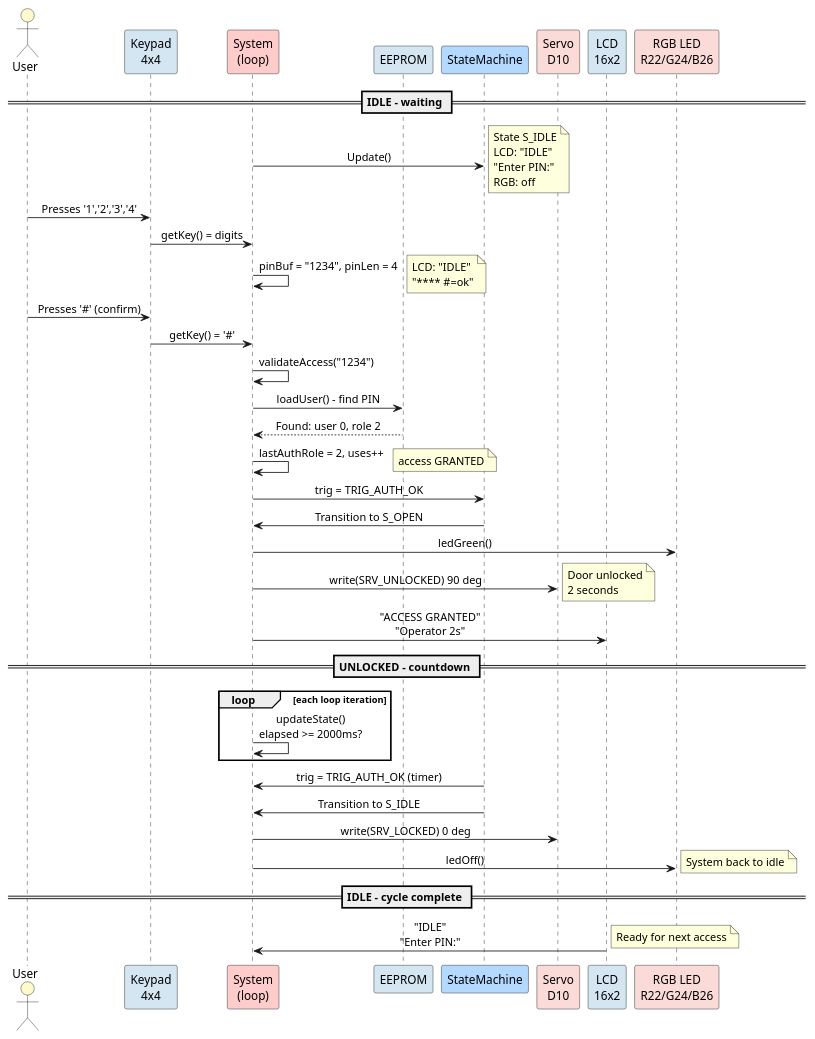
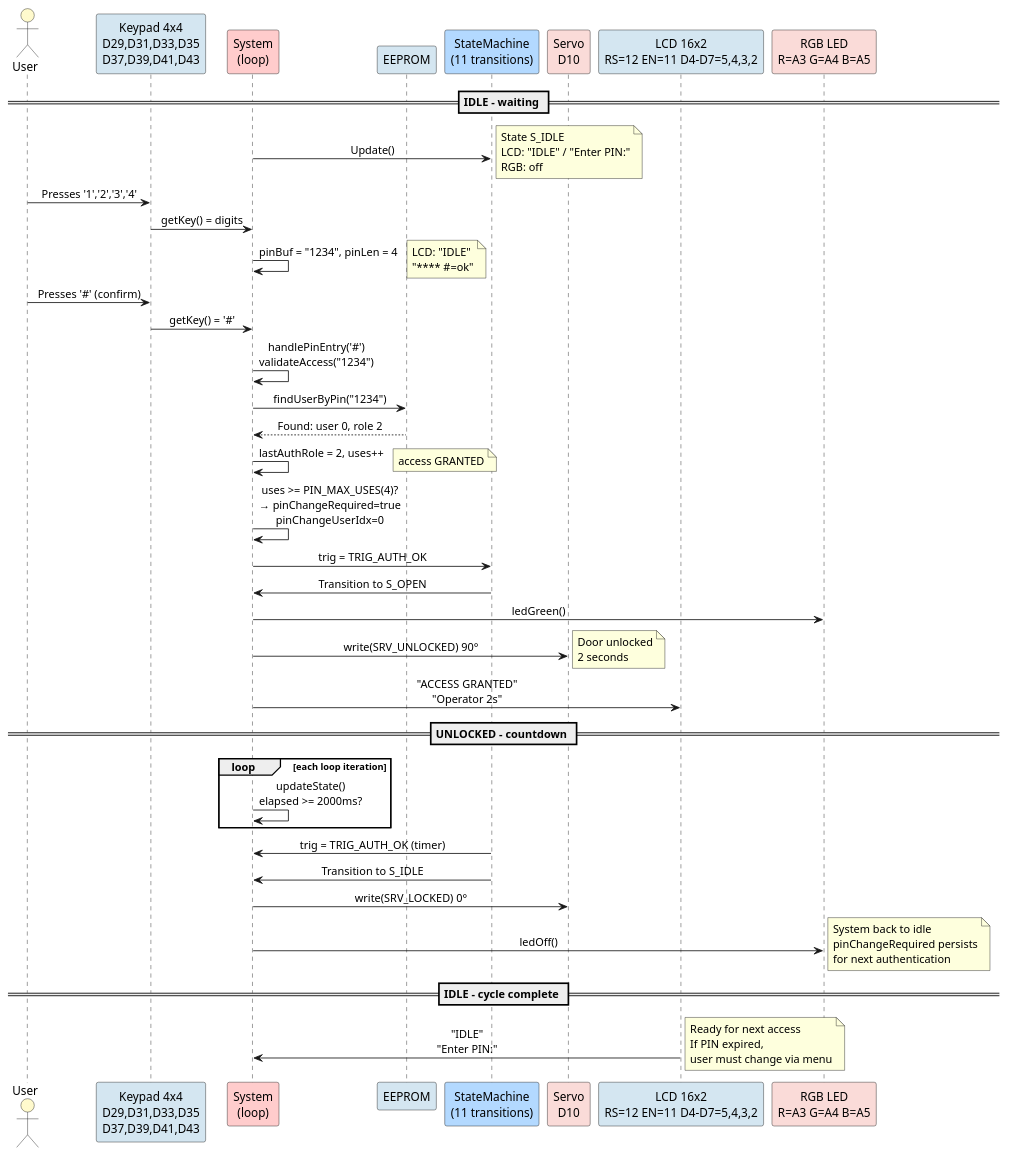
The diagram in docs/UML/sequence-entry.puml (FernandoMulato/Final-Arduino-Project), drawn with PlantUML before and after one commit. The commit also changed 10 other files, not shown here.

First line of the commit message:
docs(uml): update diagrams and docs to match v4_main.ino

```diff
--- a/docs/UML/sequence-entry.puml
+++ b/docs/UML/sequence-entry.puml
@@ -1,59 +1,61 @@
 @startuml SuccessfulEntry
 ' ====================================================================
-' Sequence diagram - Successful PIN entry
+' Sequence diagram - Successful PIN entry (v4_main.ino)
 ' Happy path: correct PIN + role -> OPEN 2s -> IDLE
+' Shows PIN expiration check after uses >= PIN_MAX_USES
 ' ====================================================================
 
 skinparam backgroundColor white
 skinparam defaultFontName SansSerif
 skinparam sequenceMessageAlign center
 
 actor "User" as USR #FFFACD
-participant "Keypad\n4x4" as KPD #D4E6F1
+participant "Keypad 4x4\nD29,D31,D33,D35\nD37,D39,D41,D43" as KPD #D4E6F1
 participant "System\n(loop)" as SYS #FFCCCC
 participant "EEPROM" as EEP #D4E6F1
-participant "StateMachine" as FSM #B3D9FF
+participant "StateMachine\n(11 transitions)" as FSM #B3D9FF
 participant "Servo\nD10" as SRV #FADBD8
-participant "LCD\n16x2" as LCD #D4E6F1
-participant "RGB LED\nR22/G24/B26" as RGB #FADBD8
+participant "LCD 16x2\nRS=12 EN=11 D4-D7=5,4,3,2" as LCD #D4E6F1
+participant "RGB LED\nR=A3 G=A4 B=A5" as RGB #FADBD8
 
 == IDLE - waiting ==
 SYS -> FSM: Update()
-note right: State S_IDLE\nLCD: "IDLE"\n"Enter PIN:"\nRGB: off
+note right: State S_IDLE\nLCD: "IDLE" / "Enter PIN:"\nRGB: off
 
 USR -> KPD: Presses '1','2','3','4'
 KPD -> SYS: getKey() = digits
 SYS -> SYS: pinBuf = "1234", pinLen = 4
 note right: LCD: "IDLE"\n"**** #=ok"
 
 USR -> KPD: Presses '#' (confirm)
 KPD -> SYS: getKey() = '#'
-SYS -> SYS: validateAccess("1234")
-SYS -> EEP: loadUser() - find PIN
+SYS -> SYS: handlePinEntry('#')\nvalidateAccess("1234")
+SYS -> EEP: findUserByPin("1234")
 EEP --> SYS: Found: user 0, role 2
 SYS -> SYS: lastAuthRole = 2, uses++
 note right: access GRANTED
+SYS -> SYS: uses >= PIN_MAX_USES(4)?\n→ pinChangeRequired=true\npinChangeUserIdx=0
 
 SYS -> FSM: trig = TRIG_AUTH_OK
 FSM -> SYS: Transition to S_OPEN
 SYS -> RGB: ledGreen()
-SYS -> SRV: write(SRV_UNLOCKED) 90 deg
+SYS -> SRV: write(SRV_UNLOCKED) 90°
 note right: Door unlocked\n2 seconds
 SYS -> LCD: "ACCESS GRANTED"\n"Operator 2s"
 
 == UNLOCKED - countdown ==
 loop each loop iteration
   SYS -> SYS: updateState()\nelapsed >= 2000ms?
 end
 
 FSM -> SYS: trig = TRIG_AUTH_OK (timer)
 FSM -> SYS: Transition to S_IDLE
-SYS -> SRV: write(SRV_LOCKED) 0 deg
+SYS -> SRV: write(SRV_LOCKED) 0°
 SYS -> RGB: ledOff()
-note right: System back to idle
+note right: System back to idle\npinChangeRequired persists\nfor next authentication
 
 == IDLE - cycle complete ==
 LCD -> SYS: "IDLE"\n"Enter PIN:"
-note right: Ready for next access
+note right: Ready for next access\nIf PIN expired,\nuser must change via menu
 
 @enduml
```
